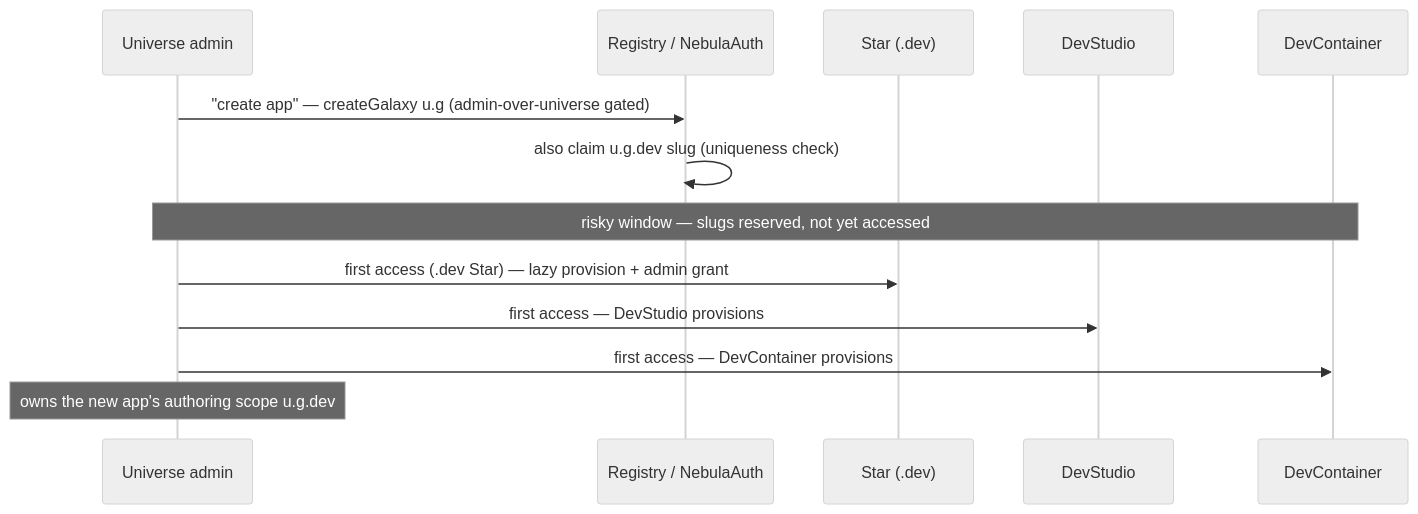
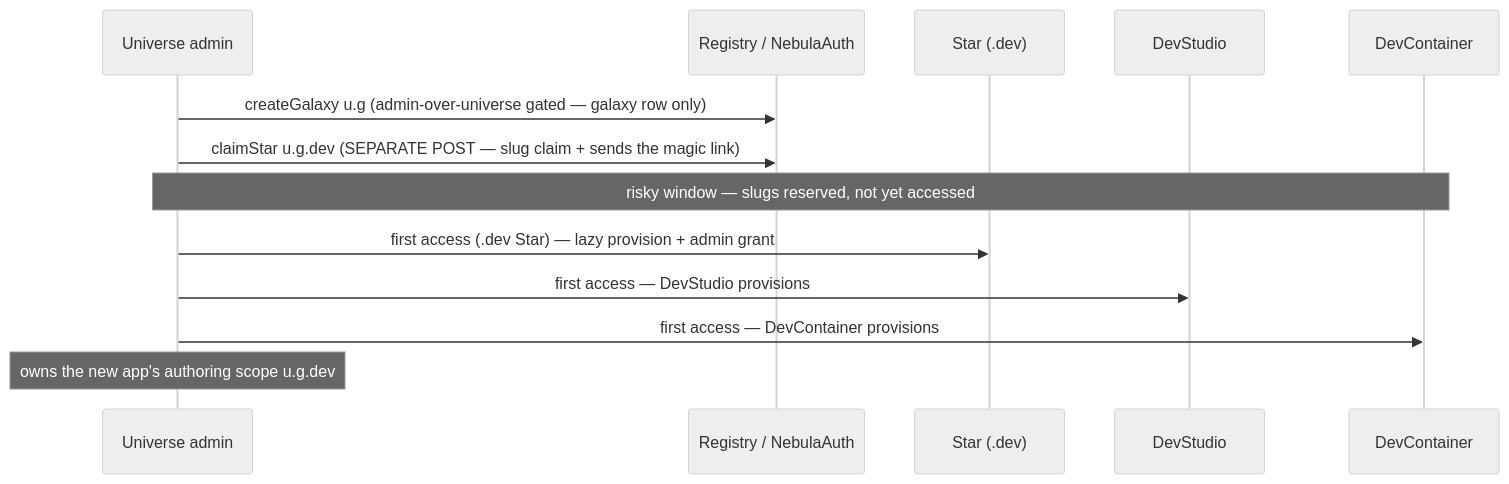
The second of 2 diagrams in tasks/nebula-release-process.md (lumenize/lumenize), drawn with Mermaid (neutral theme) before and after one commit. The commit also changed other lines of this file, not shown here.

````diff
--- a/tasks/nebula-release-process.md
+++ b/tasks/nebula-release-process.md
@@ -107,15 +107,15 @@
 ```mermaid
 sequenceDiagram
     participant Adm as Universe admin
     participant R as Registry / NebulaAuth
     participant St as Star (.dev)
     participant DS as DevStudio
     participant DC as DevContainer
-    Adm->>R: "create app" — createGalaxy u.g (admin-over-universe gated)
-    R->>R: also claim u.g.dev slug (uniqueness check)
+    Adm->>R: createGalaxy u.g (admin-over-universe gated — galaxy row only)
+    Adm->>R: claimStar u.g.dev (SEPARATE POST — slug claim + sends the magic link)
     Note over Adm,DC: risky window — slugs reserved, not yet accessed
     Adm->>St: first access (.dev Star) — lazy provision + admin grant
     Adm->>DS: first access — DevStudio provisions
     Adm->>DC: first access — DevContainer provisions
     Note over Adm: owns the new app's authoring scope u.g.dev
 ```
````
